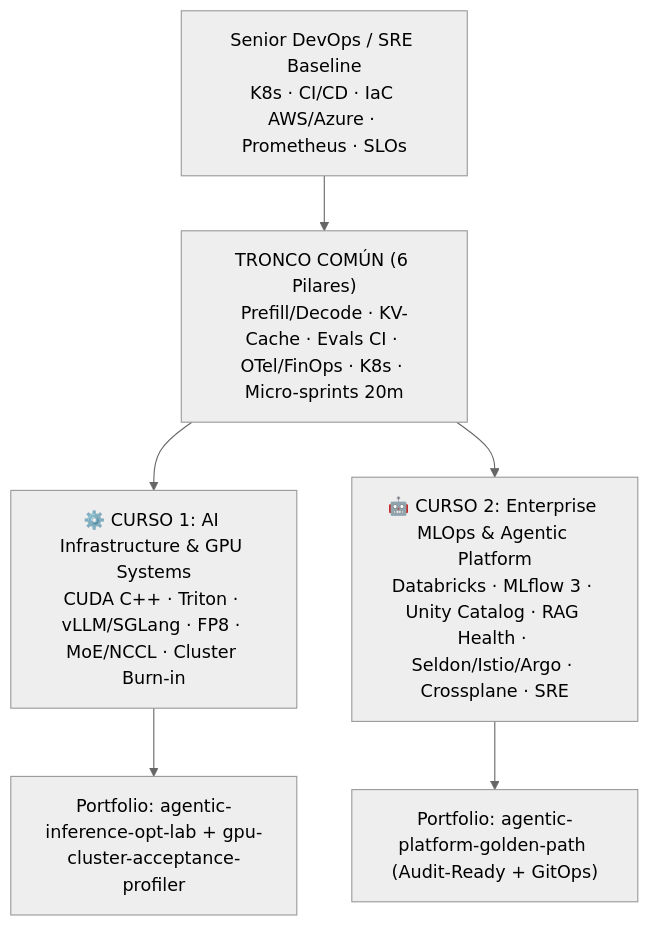
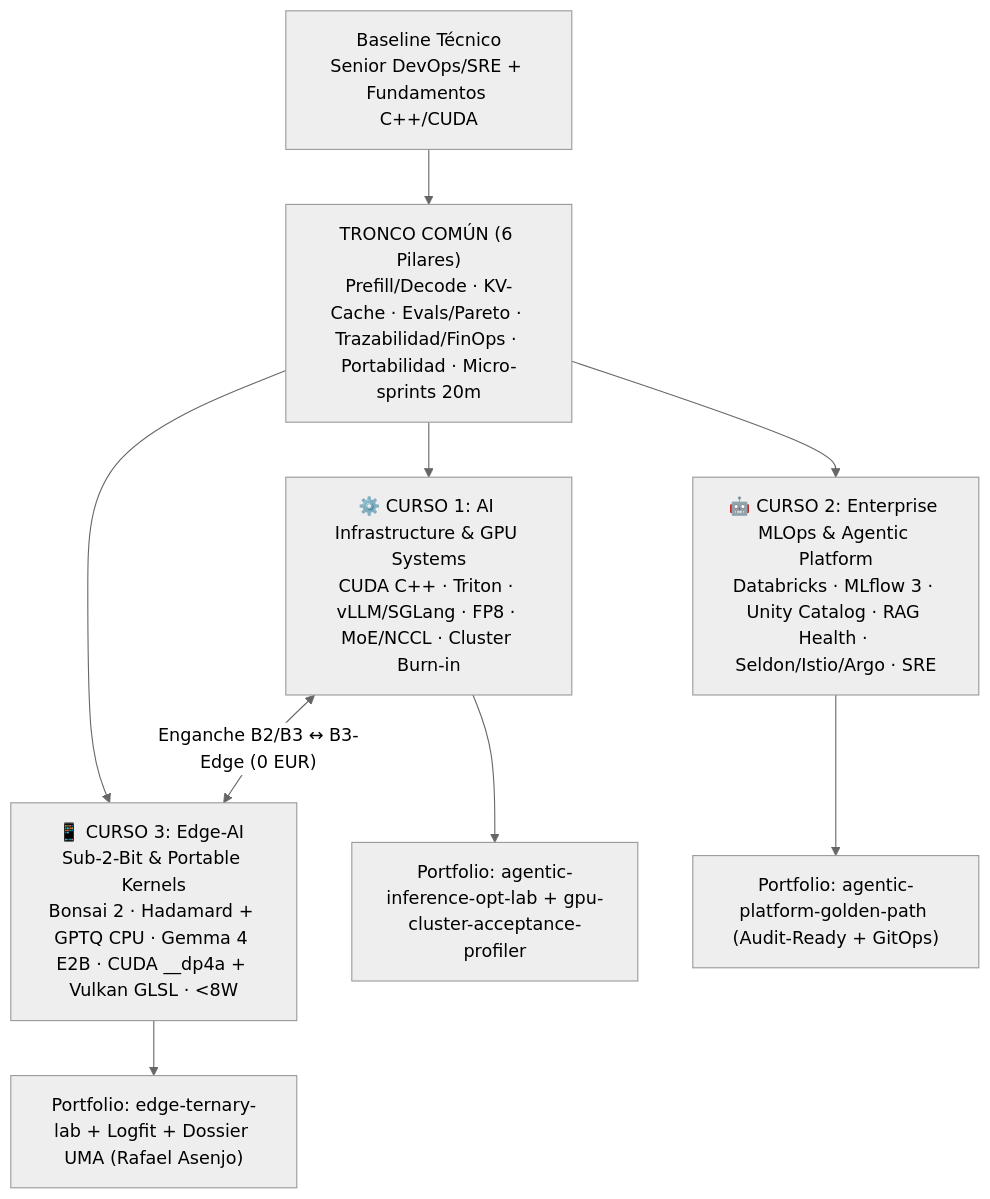
One commit to TheUnixRoot/AI-infra-study changed the diagram in docs/campus/index.md. Above: the diagram before and after it, drawn with Mermaid (neutral theme). The commit also changed other lines of this file and 17 other files, not shown here.

Commit message:
feat(campus): integrate Curso 3 (Edge-AI Sub-2-Bit) into Virtual Campus and tests

````diff
--- a/docs/campus/index.md
+++ b/docs/campus/index.md
@@ -9,8 +9,11 @@
 ```mermaid
 flowchart TB
-    BASE["Senior DevOps / SRE Baseline<br/>K8s · CI/CD · IaC AWS/Azure · Prometheus · SLOs"] --> TC["TRONCO COMÚN (6 Pilares)<br/>Prefill/Decode · KV-Cache · Evals CI · OTel/FinOps · K8s · Micro-sprints 20m"]
+    BASE["Baseline Técnico<br/>Senior DevOps/SRE + Fundamentos C++/CUDA"] --> TC["TRONCO COMÚN (6 Pilares)<br/>Prefill/Decode · KV-Cache · Evals/Pareto · Trazabilidad/FinOps · Portabilidad · Micro-sprints 20m"]
     TC --> C1["⚙️ CURSO 1: AI Infrastructure & GPU Systems<br/>CUDA C++ · Triton · vLLM/SGLang · FP8 · MoE/NCCL · Cluster Burn-in"]
-    TC --> C2["🤖 CURSO 2: Enterprise MLOps & Agentic Platform<br/>Databricks · MLflow 3 · Unity Catalog · RAG Health · Seldon/Istio/Argo · Crossplane · SRE"]
+    TC --> C2["🤖 CURSO 2: Enterprise MLOps & Agentic Platform<br/>Databricks · MLflow 3 · Unity Catalog · RAG Health · Seldon/Istio/Argo · SRE"]
+    TC --> C3["📱 CURSO 3: Edge-AI Sub-2-Bit & Portable Kernels<br/>Bonsai 2 · Hadamard + GPTQ CPU · Gemma 4 E2B · CUDA __dp4a + Vulkan GLSL · <8W"]
+    C1 <-->|"Enganche B2/B3 ↔ B3-Edge (0 EUR)"| C3
     C1 --> P1["Portfolio: agentic-inference-opt-lab + gpu-cluster-acceptance-profiler"]
     C2 --> P2["Portfolio: agentic-platform-golden-path (Audit-Ready + GitOps)"]
+    C3 --> P3["Portfolio: edge-ternary-lab + Logfit + Dossier UMA (Rafael Asenjo)"]
 ```
````
